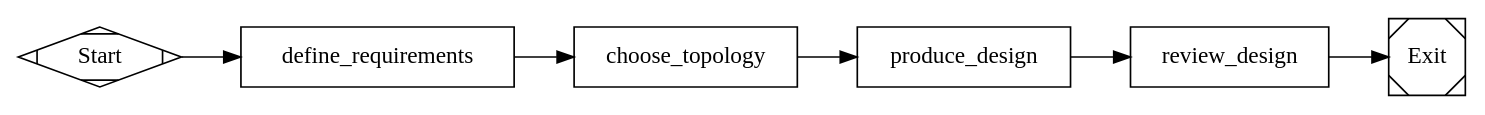
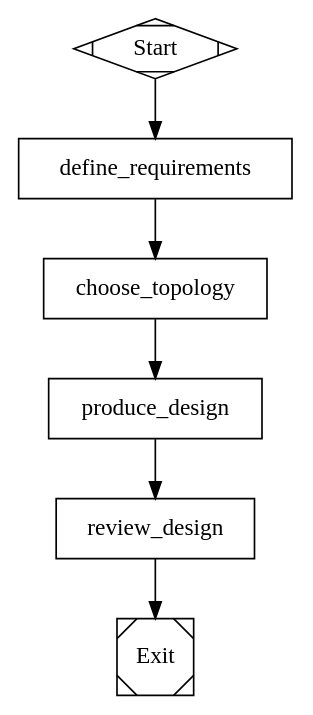
One commit to qhcorp/kilroy changed the diagram in examples/blink-red-led/circuit-design.dot. Above: the diagram before and after it, drawn with Graphviz. The commit also changed 20 other files, not shown here.

```diff
--- a/examples/blink-red-led/circuit-design.dot
+++ b/examples/blink-red-led/circuit-design.dot
@@ -1,137 +1,137 @@
 digraph circuit_design {
     graph [
         goal="Design an electronic circuit that satisfies the user request.",
-        rankdir=LR,
+        rankdir=TB,
         default_max_retry="2",
         model_stylesheet="
             * { llm_model: claude-sonnet-4.6; llm_provider: anthropic; }
         "
     ]
 
     start [shape=Mdiamond, label="Start"]
     exit  [shape=Msquare, label="Exit"]
 
     define_requirements [
         shape=box,
         auto_status=true,
         prompt="Goal: $goal
 
 Create a concise engineering requirements document for this circuit request.
 
 Read any relevant repo docs first if they exist. Write the result to:
 - .ai/runs/$KILROY_RUN_ID/circuit_requirements.md
 
 The requirements document must include:
 - the functional behavior implied by the goal, with quantitative acceptance criteria where possible
 - operating assumptions for the power source and environment implied by the goal
 - output/load assumptions, including current, voltage, timing, and tolerance constraints as applicable
 - component constraints, including preference for widely available parts and simple topology
 - a verification plan that can be checked later without ambiguity
 
 Keep the document under 250 lines. Be concrete and quantitative.
 
 Write to $KILROY_STAGE_STATUS_PATH (fallback: $KILROY_STAGE_STATUS_FALLBACK_PATH) ONLY on failure:
 {\"status\":\"fail\",\"failure_reason\":\"...\",\"failure_class\":\"deterministic\"}"
     ]
 
     choose_topology [
         shape=box,
         auto_status=true,
         prompt="Goal: $goal
 
 Read:
 - .ai/runs/$KILROY_RUN_ID/circuit_requirements.md
 
 Choose a practical circuit topology for this request and justify it. Prefer a robust, easy-to-build design over novelty.
 
 Write these artifacts:
 - .ai/runs/$KILROY_RUN_ID/topology_decision.md
 - .ai/runs/$KILROY_RUN_ID/preliminary_bom.md
 
 The topology decision must cover:
 - the core circuit approach and why it is suitable for the goal
 - whether regulation, filtering, reverse-polarity protection, and transient suppression are needed
 - every major component and its role
 - the key sizing logic for component values, including timing or load-drive calculations when relevant
 - any design risks or assumptions that should be reviewed later
 
 The BOM must list one component per line with reference designator class, suggested part, and purpose.
 
 Write to $KILROY_STAGE_STATUS_PATH (fallback: $KILROY_STAGE_STATUS_FALLBACK_PATH) ONLY on failure:
 {\"status\":\"fail\",\"failure_reason\":\"...\",\"failure_class\":\"deterministic\"}"
     ]
 
     produce_design [
         shape=box,
         auto_status=true,
         prompt="Goal: $goal
 
 Read:
 - .ai/runs/$KILROY_RUN_ID/circuit_requirements.md
 - .ai/runs/$KILROY_RUN_ID/topology_decision.md
 - .ai/runs/$KILROY_RUN_ID/preliminary_bom.md
 
 Produce the actual circuit design artifacts for this request.
 
 Write:
 - .ai/runs/$KILROY_RUN_ID/circuit_design.md
 - .ai/runs/$KILROY_RUN_ID/final_bom.csv
 - .ai/runs/$KILROY_RUN_ID/schematic_notes.md
 
 Requirements for circuit_design.md:
 - describe the full circuit in clear implementation order
 - name all nodes and key component values
 - include the calculations needed to justify the design, such as timing, biasing, gain, filtering, or current-limit calculations as applicable
 - describe input protection, decoupling, and environmental robustness choices appropriate to the goal
 - include assembly notes and expected behavior at startup
 
 Requirements for final_bom.csv:
 - header row: item,designator,part,value_or_package,purpose
 - one component per row
 
 Requirements for schematic_notes.md:
 - textual net-by-net connection notes sufficient for a human to draw the schematic
 - include polarity-sensitive parts and orientation notes
 
 Do not leave placeholders. If a value is estimated, say so explicitly and keep it realistic.
 
 Write to $KILROY_STAGE_STATUS_PATH (fallback: $KILROY_STAGE_STATUS_FALLBACK_PATH) ONLY on failure:
 {\"status\":\"fail\",\"failure_reason\":\"...\",\"failure_class\":\"deterministic\"}"
     ]
 
     review_design [
         shape=box,
         auto_status=true,
         prompt="Goal: $goal
 
 Read:
 - .ai/runs/$KILROY_RUN_ID/circuit_requirements.md
 - .ai/runs/$KILROY_RUN_ID/topology_decision.md
 - .ai/runs/$KILROY_RUN_ID/preliminary_bom.md
 - .ai/runs/$KILROY_RUN_ID/circuit_design.md
 - .ai/runs/$KILROY_RUN_ID/final_bom.csv
 - .ai/runs/$KILROY_RUN_ID/schematic_notes.md
 
 Review the design critically as if preparing it for implementation.
 
 Write:
 - .ai/runs/$KILROY_RUN_ID/design_review.md
 
 The review must explicitly check:
 - whether the design satisfies the stated goal and acceptance criteria
 - correctness of the main sizing and component-selection logic
 - power-input and environment concerns implied by the requirements
 - whether the artifacts are complete enough for a human to build the circuit
 
 If the design is inadequate, write a failure status with a specific reason. If it is acceptable, write the review and exit normally.
 
 Write to $KILROY_STAGE_STATUS_PATH (fallback: $KILROY_STAGE_STATUS_FALLBACK_PATH) ONLY on failure:
 {\"status\":\"fail\",\"failure_reason\":\"design review found a blocking issue\",\"failure_class\":\"deterministic\"}"
     ]
 
     start -> define_requirements
     define_requirements -> choose_topology
     choose_topology -> produce_design
     produce_design -> review_design
     review_design -> exit
 }
```
